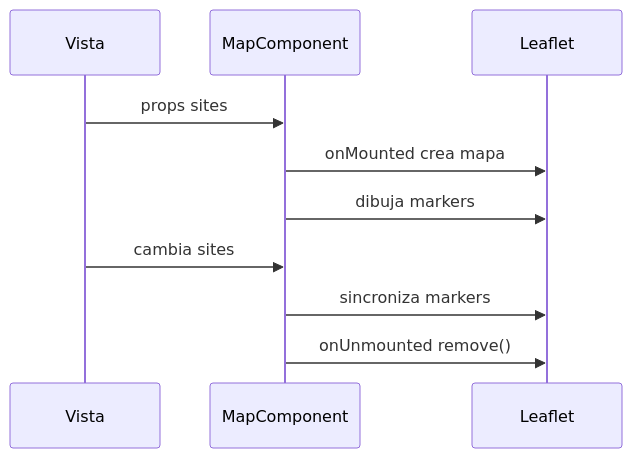
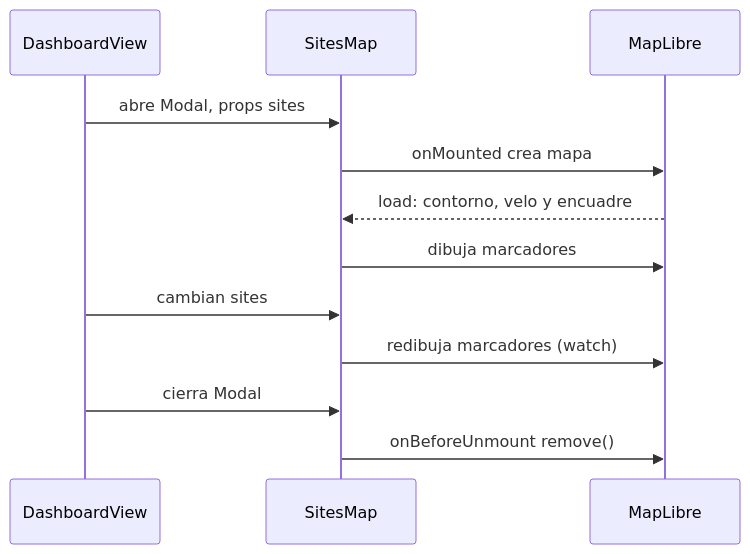
The third of 3 diagrams in docs/florinda/07-leaflet-map/03-diagrama.md (Anagamedina/ft_transcendence), drawn with Mermaid before and after one commit. The commit also changed other lines of this file and 5 other files, not shown here.

````diff
--- a/docs/florinda/07-leaflet-map/03-diagrama.md
+++ b/docs/florinda/07-leaflet-map/03-diagrama.md
@@ -14,12 +32,14 @@
 ```mermaid
 sequenceDiagram
- participant V as Vista
- participant M as MapComponent
- participant L as Leaflet
- V->>M: props sites
+ participant V as DashboardView
+ participant M as SitesMap
+ participant L as MapLibre
+ V->>M: abre Modal, props sites
  M->>L: onMounted crea mapa
- M->>L: dibuja markers
- V->>M: cambia sites
- M->>L: sincroniza markers
- M->>L: onUnmounted remove()
+ L-->>M: load: contorno, velo y encuadre
+ M->>L: dibuja marcadores
+ V->>M: cambian sites
+ M->>L: redibuja marcadores (watch)
+ V->>M: cierra Modal
+ M->>L: onBeforeUnmount remove()
 ```
````
